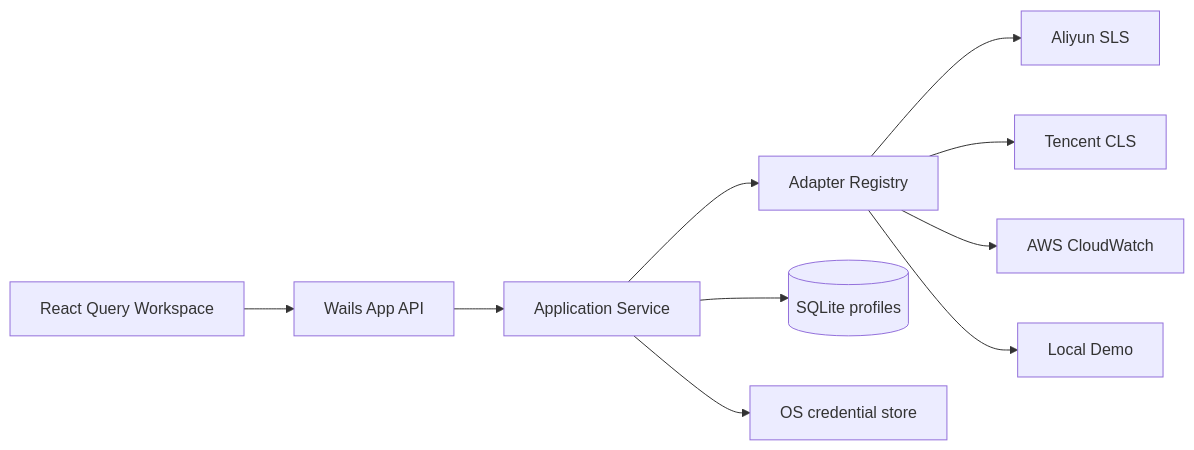
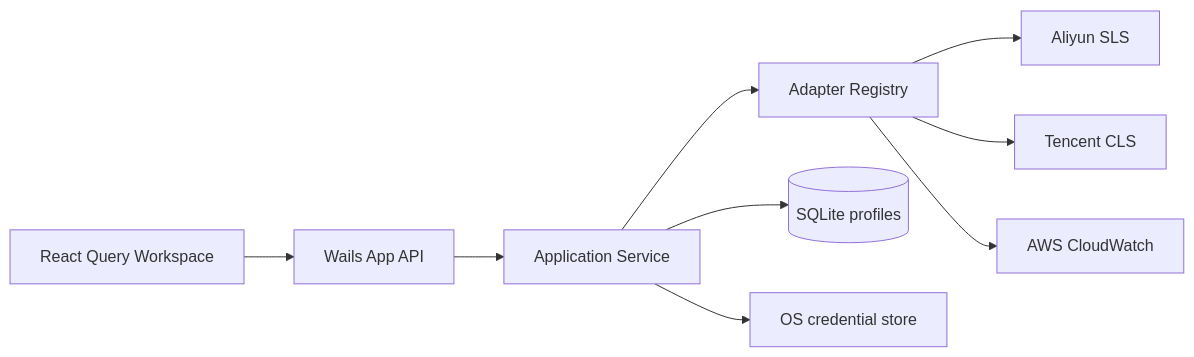
The diagram in DESIGN.md (liangguifeng/LogGopher), drawn with Mermaid before and after one commit. The commit also changed other lines of this file and 3 other files, not shown here.

Commit message:
docs: document architecture and contributor workflow

````diff
--- a/DESIGN.md
+++ b/DESIGN.md
@@ -11,12 +11,11 @@
 ```mermaid
 flowchart LR
   UI["React Query Workspace"] --> Bridge["Wails App API"]
   Bridge --> UseCase["Application Service"]
   UseCase --> Registry["Adapter Registry"]
   Registry --> SLS["Aliyun SLS"]
   Registry --> CLS["Tencent CLS"]
   Registry --> AWS["AWS CloudWatch"]
-  Registry --> Demo["Local Demo"]
   UseCase --> DB[("SQLite profiles")]
   UseCase --> Keychain["OS credential store"]
 ```
````
